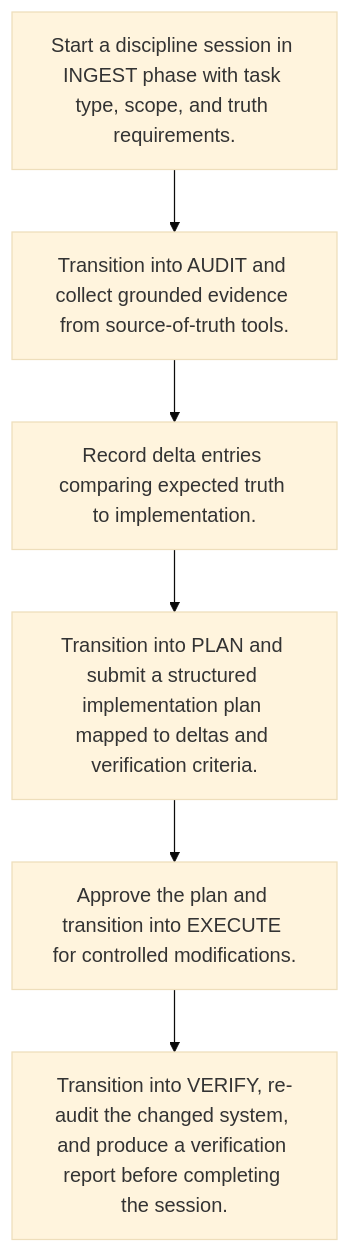
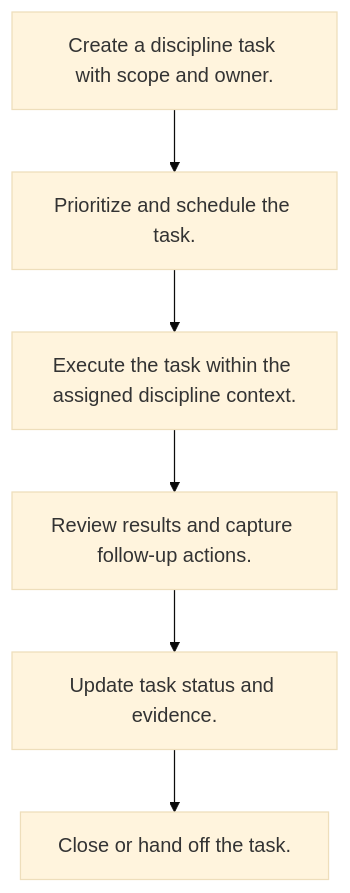
Before and after one commit to mmethodz/dreamgraph: the diagram in docs/workflows/workflow-discipline-task-lifecycle.md, drawn with Mermaid (base theme). The commit also changed other lines of this file and 39 other files, not shown here.

````diff
--- a/docs/workflows/workflow-discipline-task-lifecycle.md
+++ b/docs/workflows/workflow-discipline-task-lifecycle.md
@@ -10,14 +12,14 @@
 ```mermaid
 flowchart TD
-    S1["Start a discipline session in INGEST phase with task type, scope, and truth requirements."]
-    S2["Transition into AUDIT and collect grounded evidence from source-of-truth tools."]
+    S1["Create a discipline task with scope and owner."]
+    S2["Prioritize and schedule the task."]
     S1 --> S2
-    S3["Record delta entries comparing expected truth to implementation."]
+    S3["Execute the task within the assigned discipline context."]
     S2 --> S3
-    S4["Transition into PLAN and submit a structured implementation plan mapped to deltas and verification criteria."]
+    S4["Review results and capture follow-up actions."]
     S3 --> S4
-    S5["Approve the plan and transition into EXECUTE for controlled modifications."]
+    S5["Update task status and evidence."]
     S4 --> S5
-    S6["Transition into VERIFY, re-audit the changed system, and produce a verification report before completing the session."]
+    S6["Close or hand off the task."]
     S5 --> S6
 ```
````
